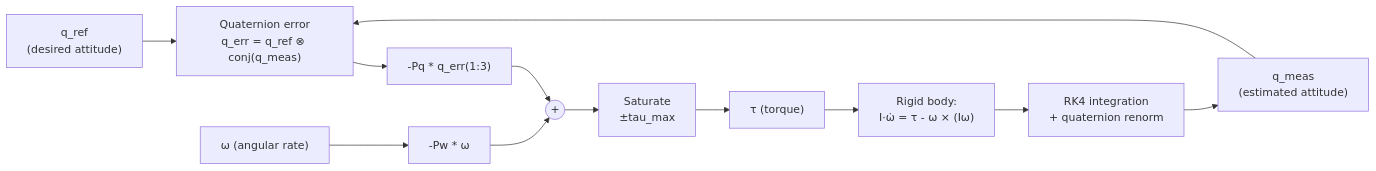
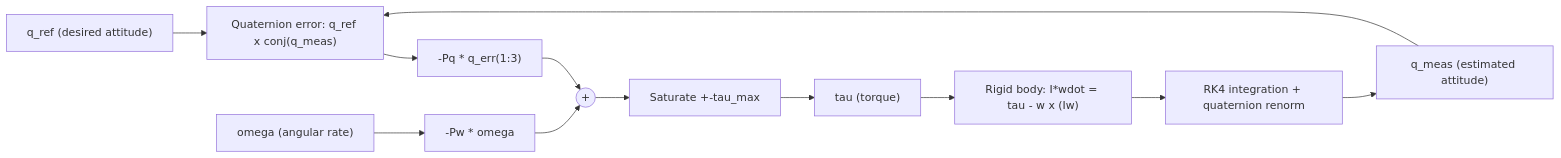
Before and after one commit to vignes-vm/Drones_S5_CD8_Adaptive_BSpline_Smoothing_and_Attitude_Control: the second of 2 diagrams in README.md, drawn with Mermaid. The commit also changed other lines of this file and 1 other file, not shown here.

````diff
--- a/README.md
+++ b/README.md
@@ -249,13 +200,13 @@
 ```mermaid
 flowchart LR
-    Qref["q_ref\n(desired attitude)"] --> Err["Quaternion error\nq_err = q_ref ⊗ conj(q_meas)"]
-    Qmeas["q_meas\n(estimated attitude)"] --> Err
+    Qref["q_ref (desired attitude)"] --> Err["Quaternion error: q_ref x conj(q_meas)"]
+    Qmeas["q_meas (estimated attitude)"] --> Err
     Err --> Pq["-Pq * q_err(1:3)"]
-    Omega["ω (angular rate)"] --> Pw["-Pw * ω"]
-    Pq --> Sum(("+")) --> Sat["Saturate\n±tau_max"]
+    Omega["omega (angular rate)"] --> Pw["-Pw * omega"]
+    Pq --> Sum(("+")) --> Sat["Saturate +-tau_max"]
     Pw --> Sum
-    Sat --> Tau["τ (torque)"]
-    Tau --> RB["Rigid body:\nI·ω̇ = τ - ω × (Iω)"]
-    RB --> RK4["RK4 integration\n+ quaternion renorm"]
+    Sat --> Tau["tau (torque)"]
+    Tau --> RB["Rigid body: I*wdot = tau - w x (Iw)"]
+    RB --> RK4["RK4 integration + quaternion renorm"]
     RK4 --> Qmeas
 ```
````
